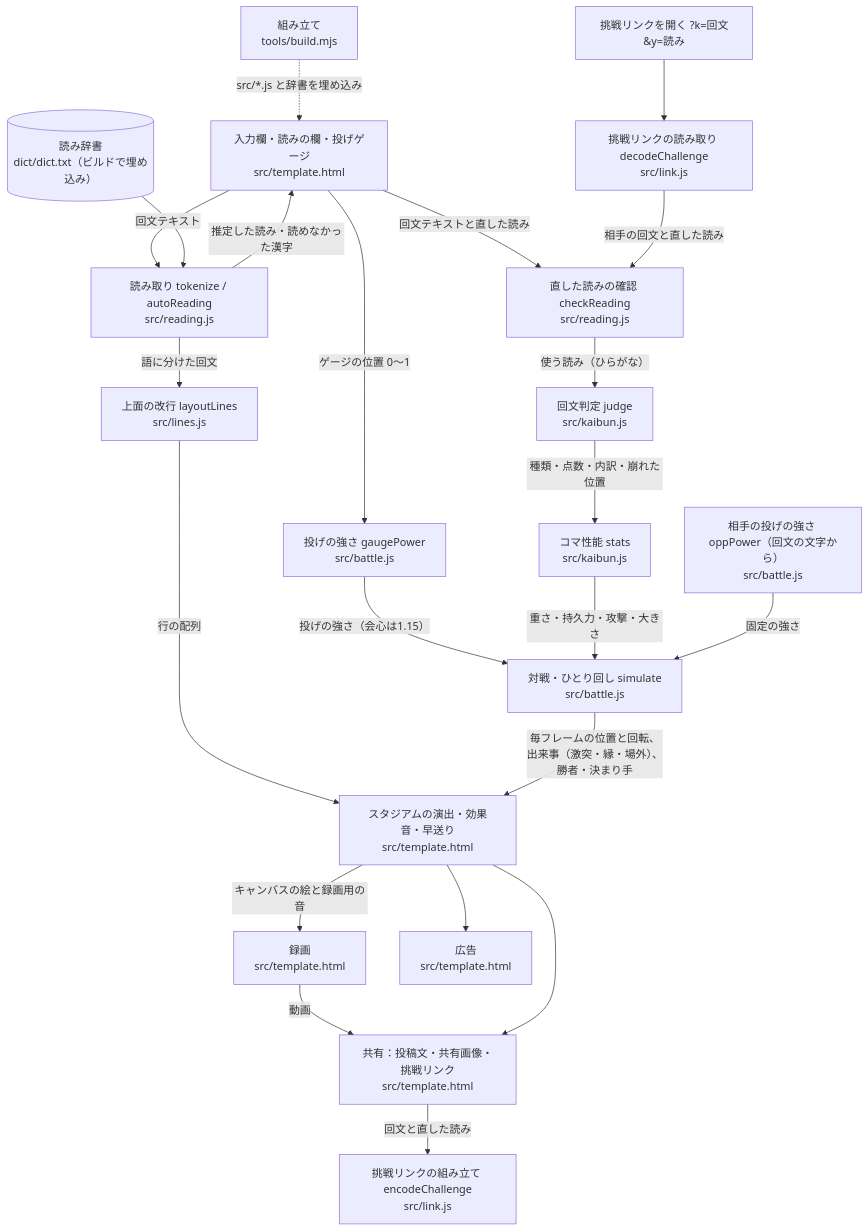
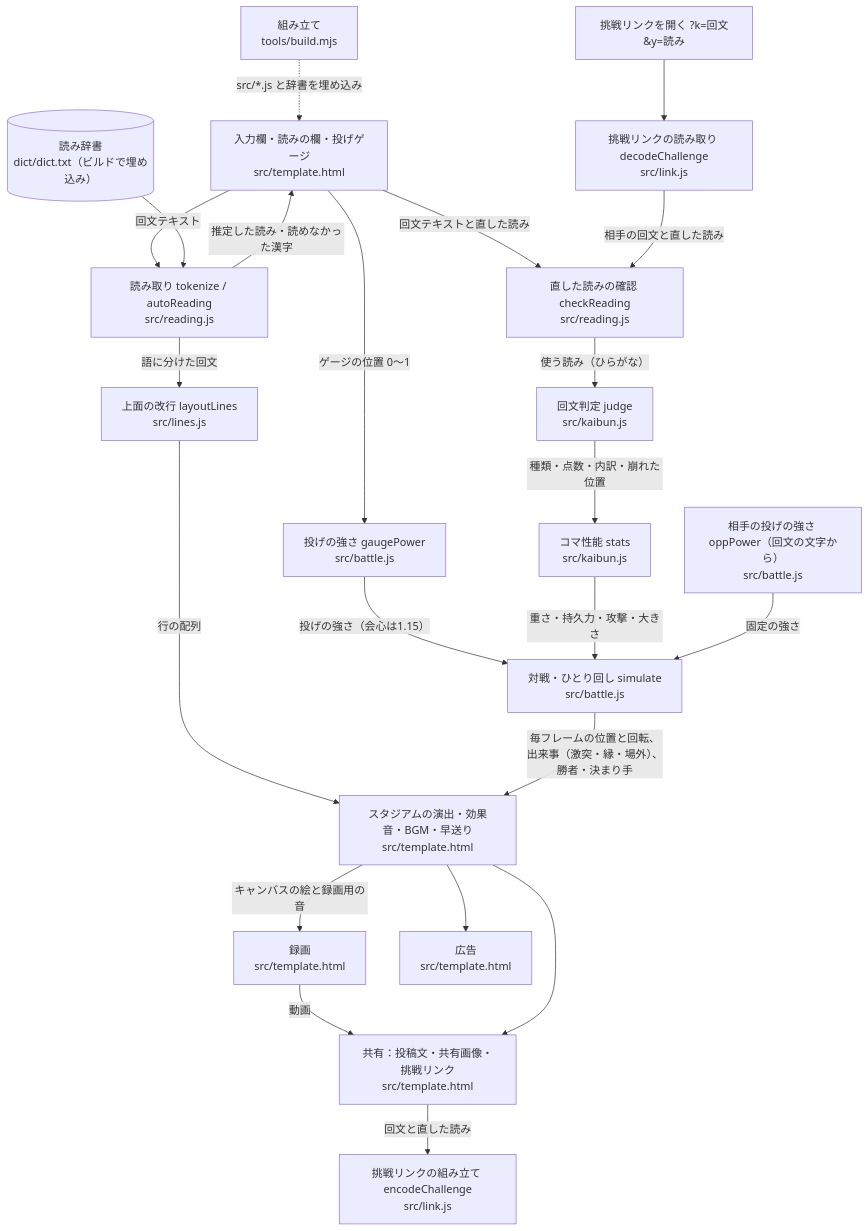
The diagram in docs/architecture.md (sakuichi/kaibun-koma), drawn with Mermaid before and after one commit. The commit also changed other lines of this file and 1 other file, not shown here.

````diff
--- a/docs/architecture.md
+++ b/docs/architecture.md
@@ -6,24 +6,24 @@
 ```mermaid
 flowchart TD
   IN["入力欄・読みの欄・投げゲージ<br>src/template.html"] -->|回文テキスト| RD["読み取り tokenize / autoReading<br>src/reading.js"]
   DIC[("読み辞書<br>dict/dict.txt（ビルドで埋め込み）")] --> RD
   RD -->|推定した読み・読めなかった漢字| IN
   IN -->|回文テキストと直した読み| CK["直した読みの確認 checkReading<br>src/reading.js"]
   CK -->|使う読み（ひらがな）| KJ["回文判定 judge<br>src/kaibun.js"]
   KJ -->|種類・点数・内訳・崩れた位置| ST["コマ性能 stats<br>src/kaibun.js"]
   RD -->|語に分けた回文| LN["上面の改行 layoutLines<br>src/lines.js"]
   LN -->|行の配列| AR
   IN -->|ゲージの位置 0〜1| GP["投げの強さ gaugePower<br>src/battle.js"]
   GP -->|投げの強さ（会心は1.15）| SIM["対戦・ひとり回し simulate<br>src/battle.js"]
   ST -->|重さ・持久力・攻撃・大きさ| SIM
   OP["相手の投げの強さ oppPower（回文の文字から）<br>src/battle.js"] -->|固定の強さ| SIM
-  SIM -->|毎フレームの位置と回転、出来事（激突・縁・場外）、勝者・決まり手| AR["スタジアムの演出・効果音・早送り<br>src/template.html"]
+  SIM -->|毎フレームの位置と回転、出来事（激突・縁・場外）、勝者・決まり手| AR["スタジアムの演出・効果音・BGM・早送り<br>src/template.html"]
   AR -->|キャンバスの絵と録画用の音| REC["録画<br>src/template.html"]
   REC -->|動画| SH
   AR --> SH["共有：投稿文・共有画像・挑戦リンク<br>src/template.html"]
   SH -->|回文と直した読み| EN["挑戦リンクの組み立て encodeChallenge<br>src/link.js"]
   URL["挑戦リンクを開く ?k=回文&y=読み"] --> DE["挑戦リンクの読み取り decodeChallenge<br>src/link.js"]
   DE -->|相手の回文と直した読み| CK
   AR --> AD["広告<br>src/template.html"]
   BLD["組み立て<br>tools/build.mjs"] -.->|src/*.js と辞書を埋め込み| IN
 ```
````
